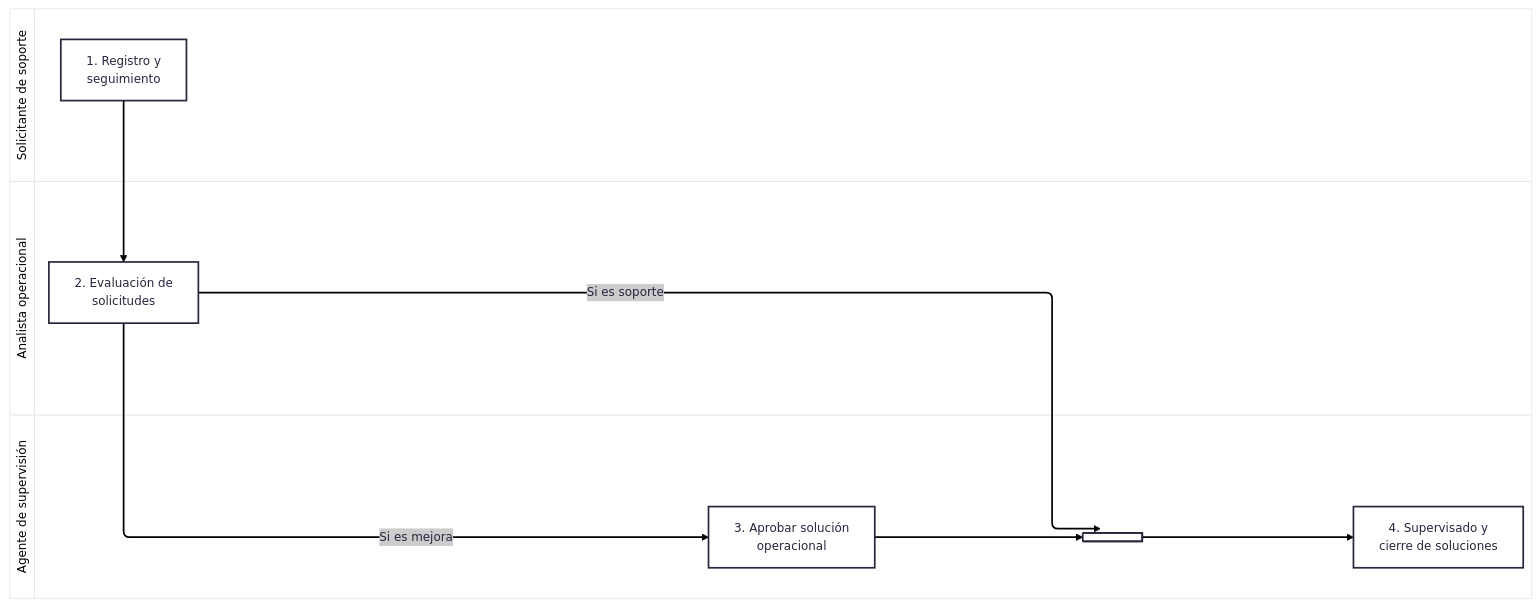
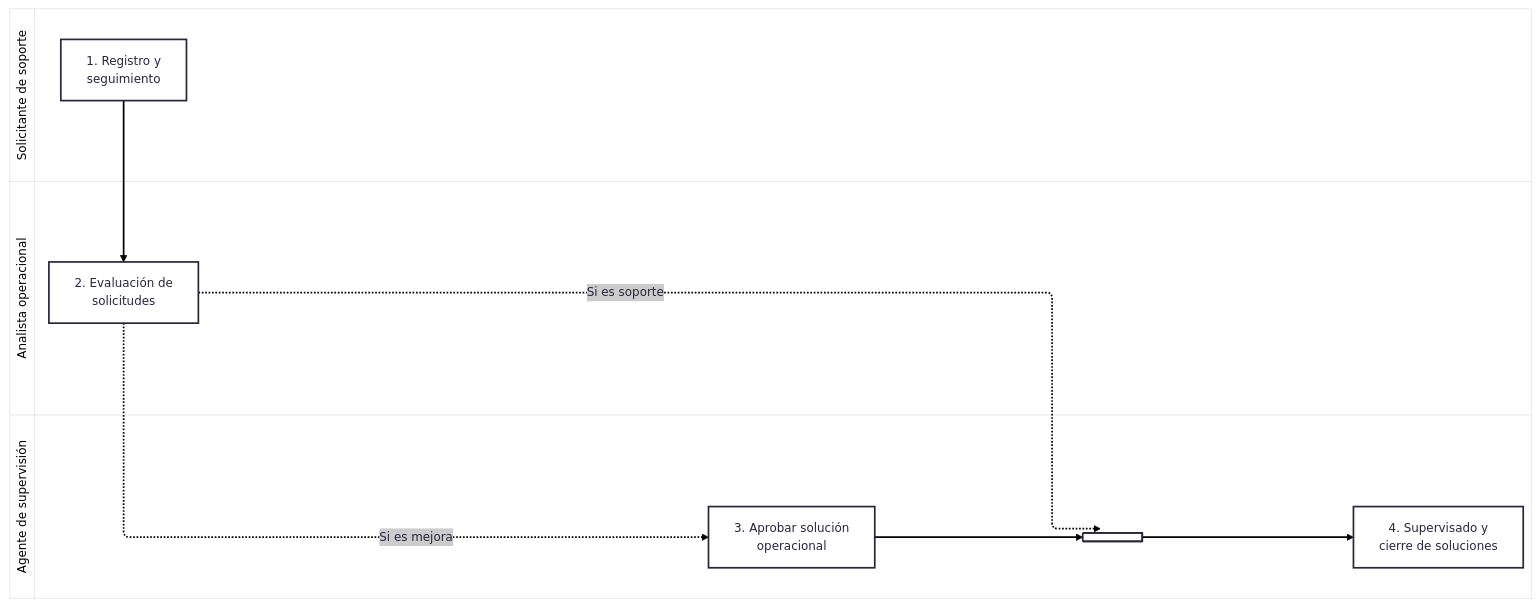
The diagram in products/docs-standard/diagramas/work-coordination-diagram.md (the-alive-lab/vslices), drawn with Mermaid before and after one commit.

Commit message:
Change arrow styles in work coordination diagram

````diff
--- a/products/docs-standard/diagramas/work-coordination-diagram.md
+++ b/products/docs-standard/diagramas/work-coordination-diagram.md
@@ -54,26 +54,26 @@
 ```mermaid
 ---
 config:
   theme: redux-color
 ---
 swimlane-beta LR
     subgraph solicitante ["Solicitante de soporte"]
         registrar["1. Registro y<br/>seguimiento"]
     end
 
     subgraph analista ["Analista operacional"]
         evaluar["2. Evaluación de<br/>solicitudes"]
     end
 
     subgraph agente ["Agente de supervisión"]
         aprobar["3. Aprobar solución<br/>operacional"]
         sync@{ shape: fork }
         supervisar["4. Supervisado y<br/>cierre de soluciones"]
     end
 
     registrar --> evaluar
-    evaluar -->|"Si es soporte"| sync
-    evaluar -->|"Si es mejora"| aprobar
+    evaluar -.->|"Si es soporte"| sync
+    evaluar -.->|"Si es mejora"| aprobar
     aprobar --> sync
     sync --> supervisar
 ```
````
